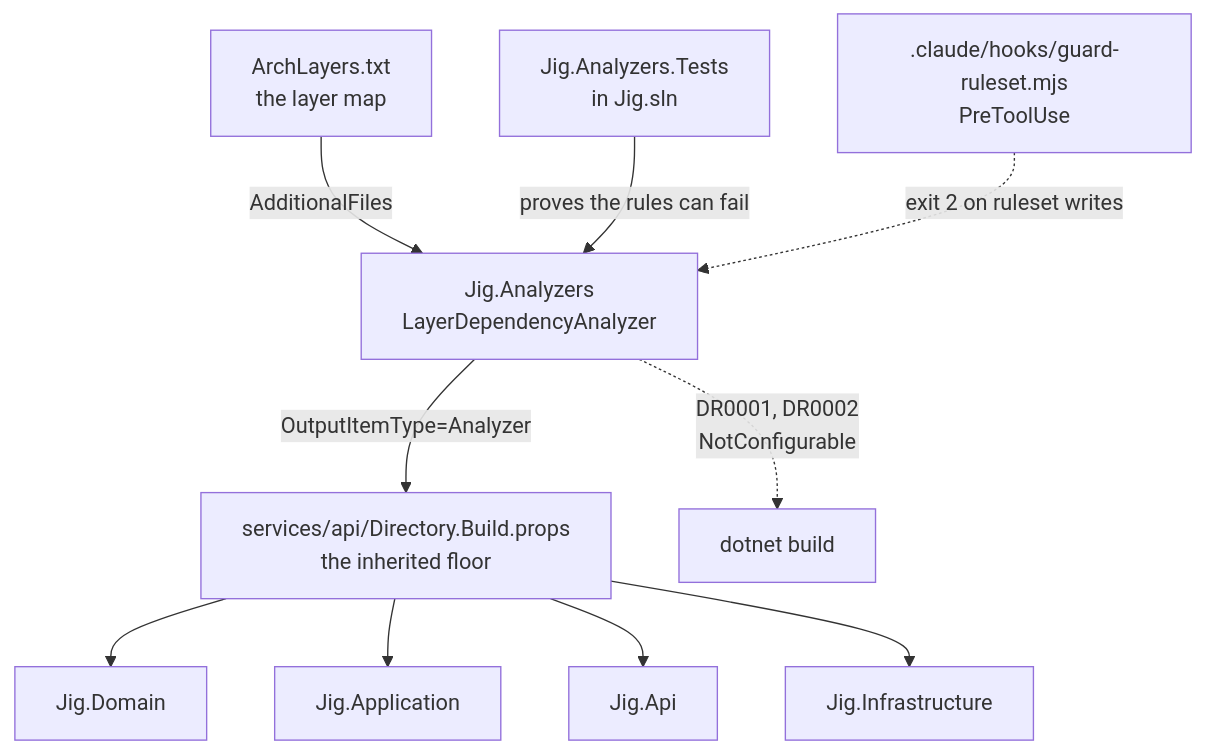
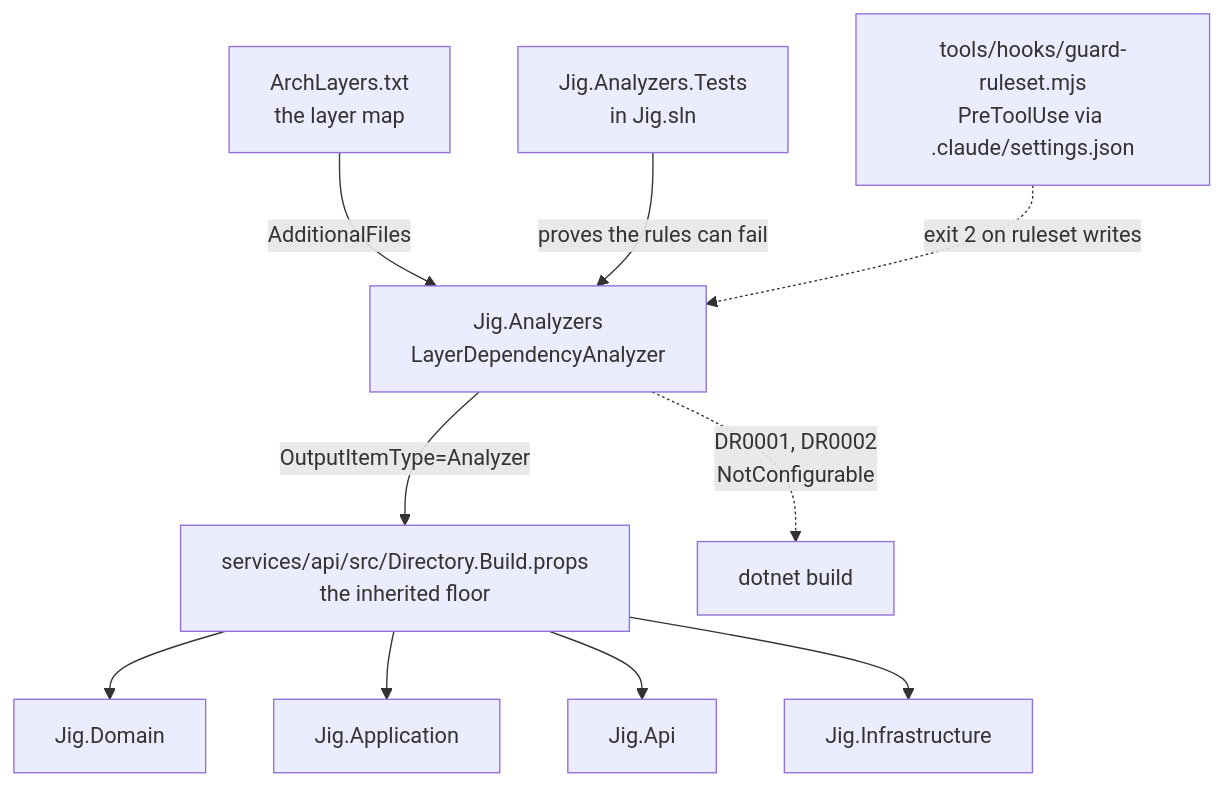
One commit to satish-krishna/jig changed the diagram in docs/superpowers/specs/2026-07-17-roslyn-architecture-analyzers-design.md. Above: the diagram before and after it, drawn with Mermaid. The commit also changed other lines of this file and 1 other file, not shown here.

Commit message:
docs(api): correct adr 0009 to the layer rule that was actually built

````diff
--- a/docs/superpowers/specs/2026-07-17-roslyn-architecture-analyzers-design.md
+++ b/docs/superpowers/specs/2026-07-17-roslyn-architecture-analyzers-design.md
@@ -27,12 +27,12 @@
 ```mermaid
 graph TD
     ArchLayers["ArchLayers.txt<br/>the layer map"] -->|AdditionalFiles| Analyzer
     Analyzer["Jig.Analyzers<br/>LayerDependencyAnalyzer"] -->|OutputItemType=Analyzer| Props
-    Props["services/api/Directory.Build.props<br/>the inherited floor"] --> Domain[Jig.Domain]
+    Props["services/api/src/Directory.Build.props<br/>the inherited floor"] --> Domain[Jig.Domain]
     Props --> App[Jig.Application]
     Props --> Api[Jig.Api]
     Props --> Infra[Jig.Infrastructure]
     Analyzer -.->|DR0001, DR0002<br/>NotConfigurable| Build[dotnet build]
     Tests["Jig.Analyzers.Tests<br/>in Jig.sln"] -->|proves the rules can fail| Analyzer
-    Hook[".claude/hooks/guard-ruleset.mjs<br/>PreToolUse"] -.->|exit 2 on ruleset writes| Analyzer
+    Hook["tools/hooks/guard-ruleset.mjs<br/>PreToolUse via .claude/settings.json"] -.->|exit 2 on ruleset writes| Analyzer
 ```
````
